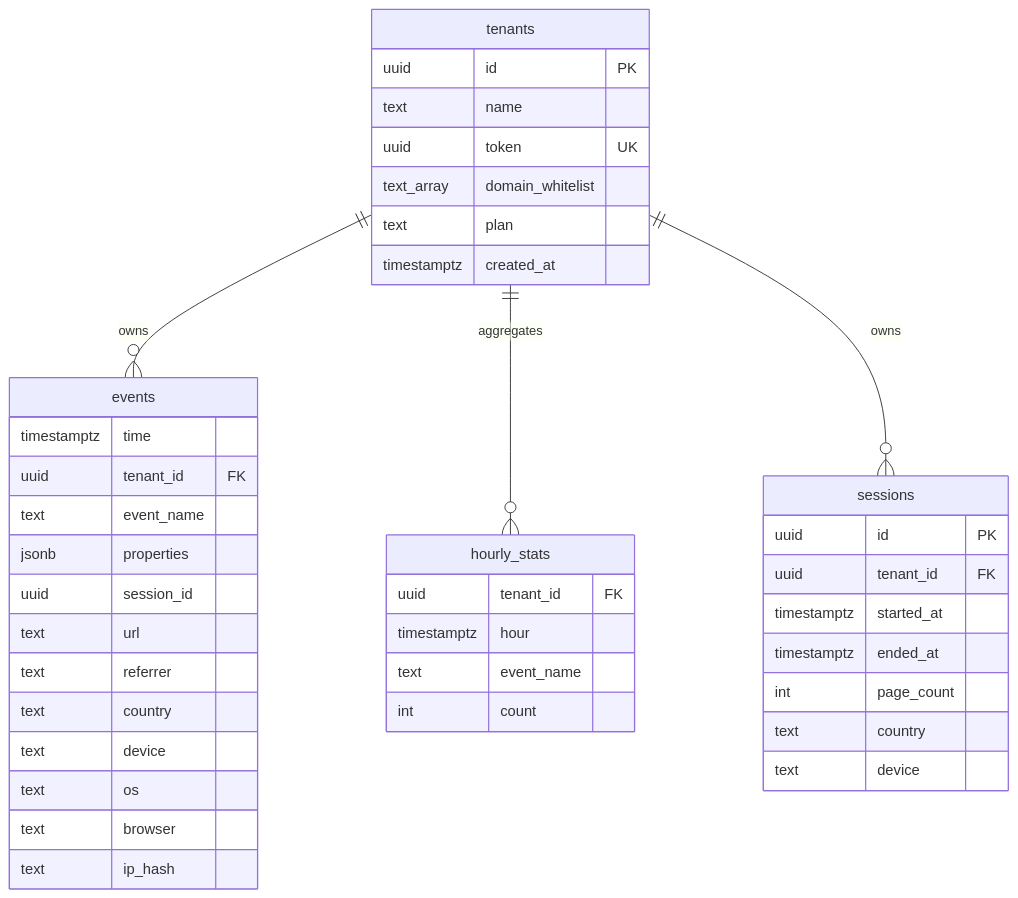
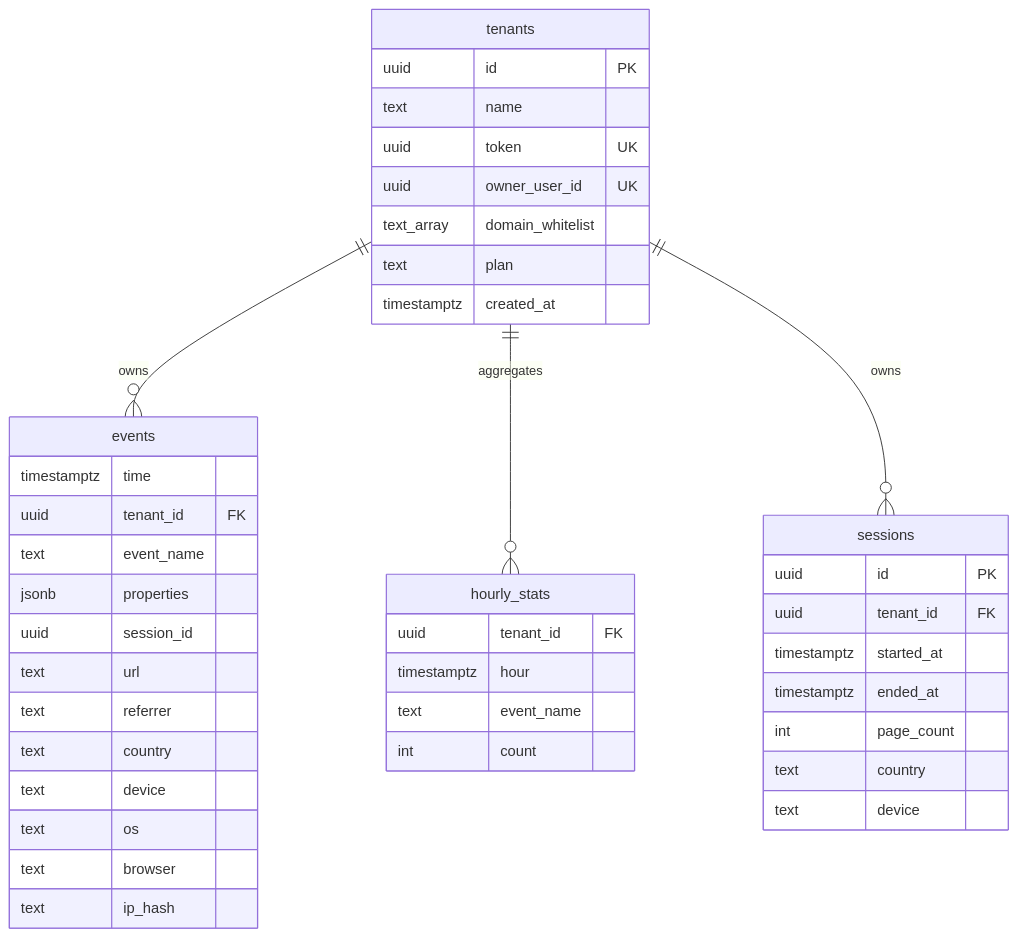
Before and after one commit to aviraL27/analysis-platform: the fourth of 4 diagrams in README.md, drawn with Mermaid. The commit also changed other lines of this file and 17 other files, not shown here.

````diff
--- a/README.md
+++ b/README.md
@@ -61,47 +61,48 @@
 ```mermaid
 erDiagram
   tenants ||--o{ events : owns
   tenants ||--o{ hourly_stats : aggregates
   tenants ||--o{ sessions : owns
 
   tenants {
     uuid id PK
     text name
     uuid token UK
+    uuid owner_user_id UK
     text_array domain_whitelist
     text plan
     timestamptz created_at
   }
 
   events {
     timestamptz time
     uuid tenant_id FK
     text event_name
     jsonb properties
     uuid session_id
     text url
     text referrer
     text country
     text device
     text os
     text browser
     text ip_hash
   }
 
   hourly_stats {
     uuid tenant_id FK
     timestamptz hour
     text event_name
     int count
   }
 
   sessions {
     uuid id PK
     uuid tenant_id FK
     timestamptz started_at
     timestamptz ended_at
     int page_count
     text country
     text device
   }
 ```
````
